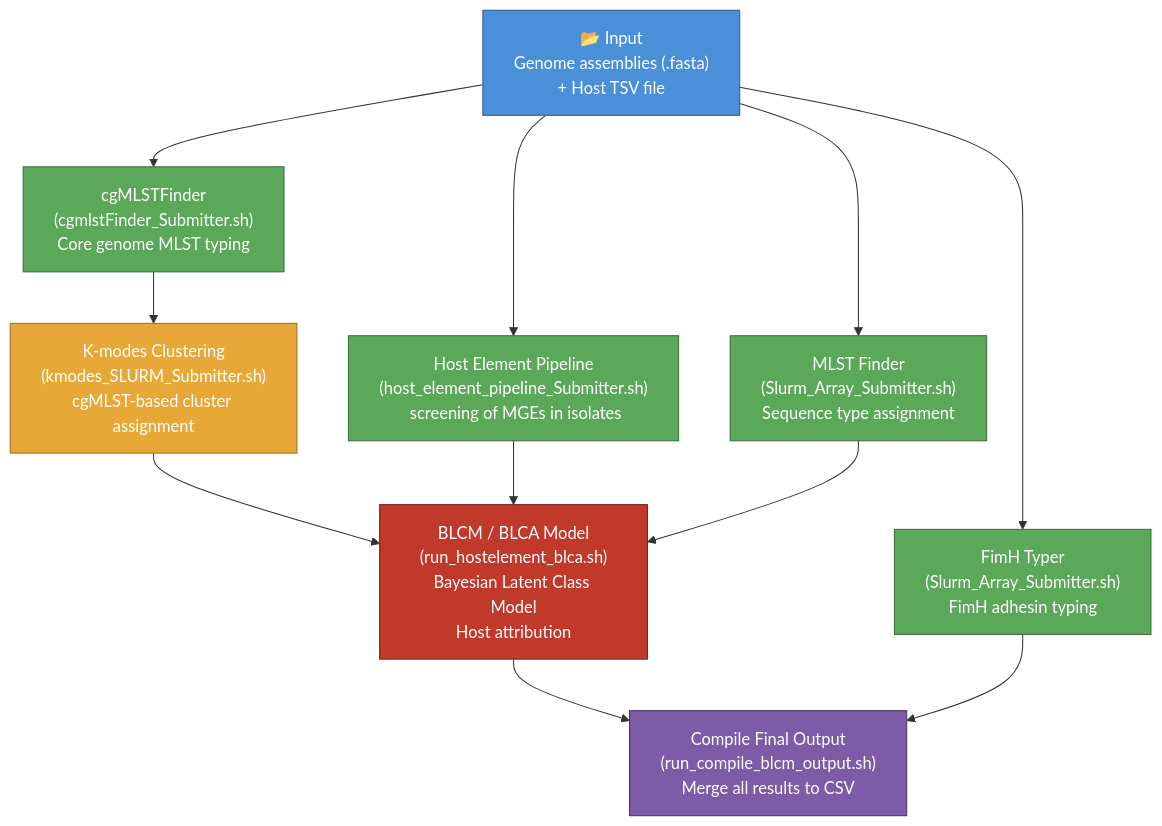
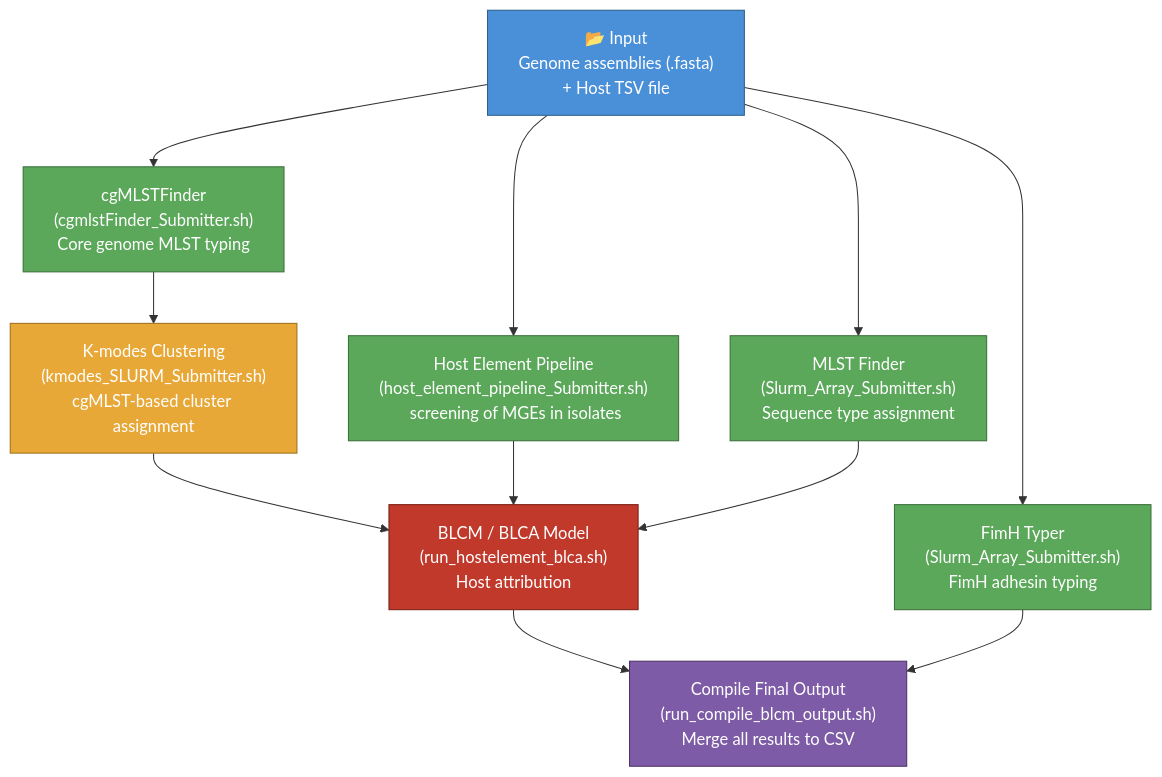
The diagram in Food-epidemiology/host_element_V3/pipeline_diagram.md (Jonedrengen/general_JonThesis), drawn with Mermaid before and after one commit.

Commit message:
adding chart updates

````diff
--- a/Food-epidemiology/host_element_V3/pipeline_diagram.md
+++ b/Food-epidemiology/host_element_V3/pipeline_diagram.md
@@ -2,27 +2,27 @@
 ```mermaid
 flowchart TD
     A["📂 Input\nGenome assemblies (.fasta)\n+ Host TSV file"]
 
     A --> B["cgMLSTFinder\n(cgmlstFinder_Submitter.sh)\nCore genome MLST typing"]
     A --> C["Host Element Pipeline\n(host_element_pipeline_Submitter.sh)\n screening of MGEs in isolates"]
     A --> D["MLST Finder\n(Slurm_Array_Submitter.sh)\nSequence type assignment"]
     A --> E["FimH Typer\n(Slurm_Array_Submitter.sh)\nFimH adhesin typing"]
 
     B --> F["K-modes Clustering\n(kmodes_SLURM_Submitter.sh)\ncgMLST-based cluster assignment"]
 
-    F --> G["BLCM / BLCA Model\n(run_hostelement_blca.sh)\nBayesian Latent Class Model\nHost attribution"]
+    F --> G["BLCM / BLCA Model\n(run_hostelement_blca.sh)\nHost attribution"]
     C --> G
     D --> G
 
     G --> H["Compile Final Output\n(run_compile_blcm_output.sh)\nMerge all results to CSV"]
     E --> H
 
     style A fill:#4a90d9,color:#fff,stroke:#2c5f8a
     style B fill:#5ba85a,color:#fff,stroke:#3a6e39
     style C fill:#5ba85a,color:#fff,stroke:#3a6e39
     style D fill:#5ba85a,color:#fff,stroke:#3a6e39
     style E fill:#5ba85a,color:#fff,stroke:#3a6e39
     style F fill:#e8a838,color:#fff,stroke:#9e6e1a
     style G fill:#c0392b,color:#fff,stroke:#7b1f14
     style H fill:#7d5ba6,color:#fff,stroke:#4e3268
 ```
````
